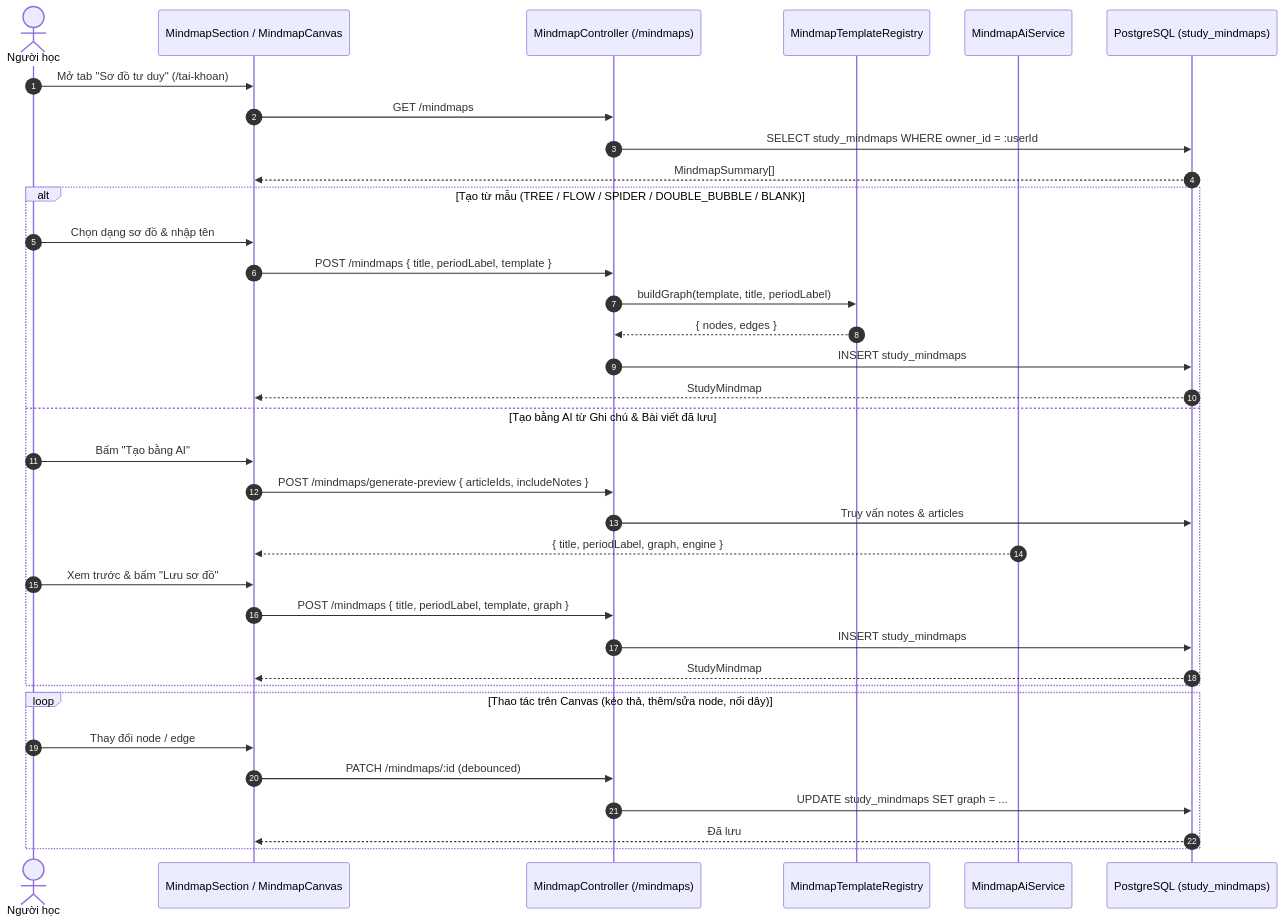
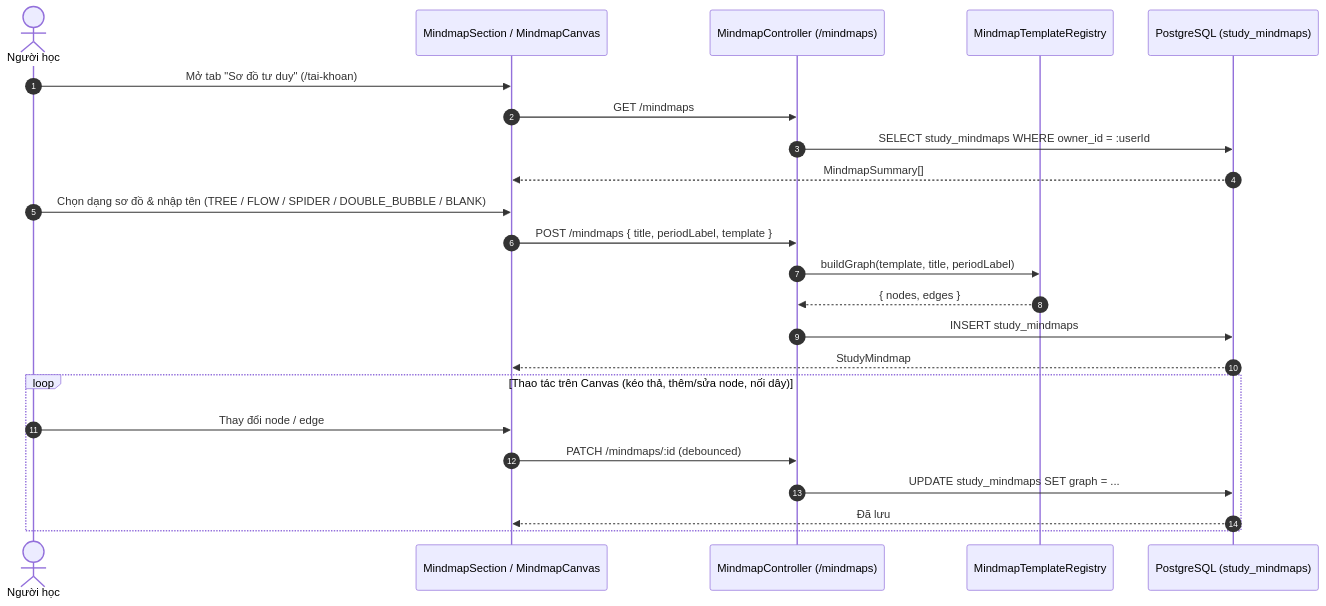
Before and after one commit to Nguyen-Thanh-Huy-io/TLCN-DT07: the diagram in docs/mindmap-sequence.md, drawn with Mermaid. The commit also changed other lines of this file and 6 other files, not shown here.

Commit message:
docs: update architecture map and audit notes, add ink sequence diagram, and remove obsolete AI doc

````diff
--- a/docs/mindmap-sequence.md
+++ b/docs/mindmap-sequence.md
@@ -8,40 +7,28 @@
 ```mermaid
 sequenceDiagram
     autonumber
     actor User as Người học
     participant UI as MindmapSection / MindmapCanvas
     participant API as MindmapController (/mindmaps)
     participant Tpl as MindmapTemplateRegistry
-    participant AI as MindmapAiService
     participant DB as PostgreSQL (study_mindmaps)
 
     User->>UI: Mở tab "Sơ đồ tư duy" (/tai-khoan)
     UI->>API: GET /mindmaps
     API->>DB: SELECT study_mindmaps WHERE owner_id = :userId
     DB-->>UI: MindmapSummary[]
 
-    alt Tạo từ mẫu (TREE / FLOW / SPIDER / DOUBLE_BUBBLE / BLANK)
-        User->>UI: Chọn dạng sơ đồ & nhập tên
-        UI->>API: POST /mindmaps { title, periodLabel, template }
-        API->>Tpl: buildGraph(template, title, periodLabel)
-        Tpl-->>API: { nodes, edges }
-        API->>DB: INSERT study_mindmaps
-        DB-->>UI: StudyMindmap
-    else Tạo bằng AI từ Ghi chú & Bài viết đã lưu
-        User->>UI: Bấm "Tạo bằng AI"
-        UI->>API: POST /mindmaps/generate-preview { articleIds, includeNotes }
-        API->>DB: Truy vấn notes & articles
-        AI-->>UI: { title, periodLabel, graph, engine }
-        User->>UI: Xem trước & bấm "Lưu sơ đồ"
-        UI->>API: POST /mindmaps { title, periodLabel, template, graph }
-        API->>DB: INSERT study_mindmaps
-        DB-->>UI: StudyMindmap
-    end
+    User->>UI: Chọn dạng sơ đồ & nhập tên (TREE / FLOW / SPIDER / DOUBLE_BUBBLE / BLANK)
+    UI->>API: POST /mindmaps { title, periodLabel, template }
+    API->>Tpl: buildGraph(template, title, periodLabel)
+    Tpl-->>API: { nodes, edges }
+    API->>DB: INSERT study_mindmaps
+    DB-->>UI: StudyMindmap
 
     loop Thao tác trên Canvas (kéo thả, thêm/sửa node, nối dây)
         User->>UI: Thay đổi node / edge
         UI->>API: PATCH /mindmaps/:id (debounced)
         API->>DB: UPDATE study_mindmaps SET graph = ...
         DB-->>UI: Đã lưu
     end
 ```
````
